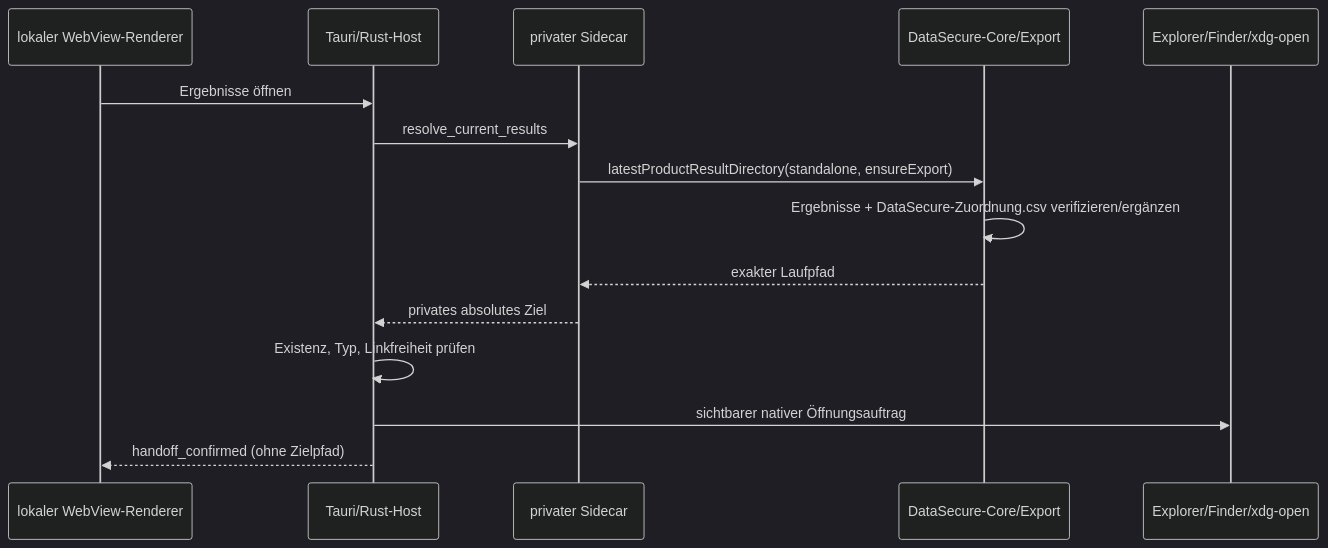
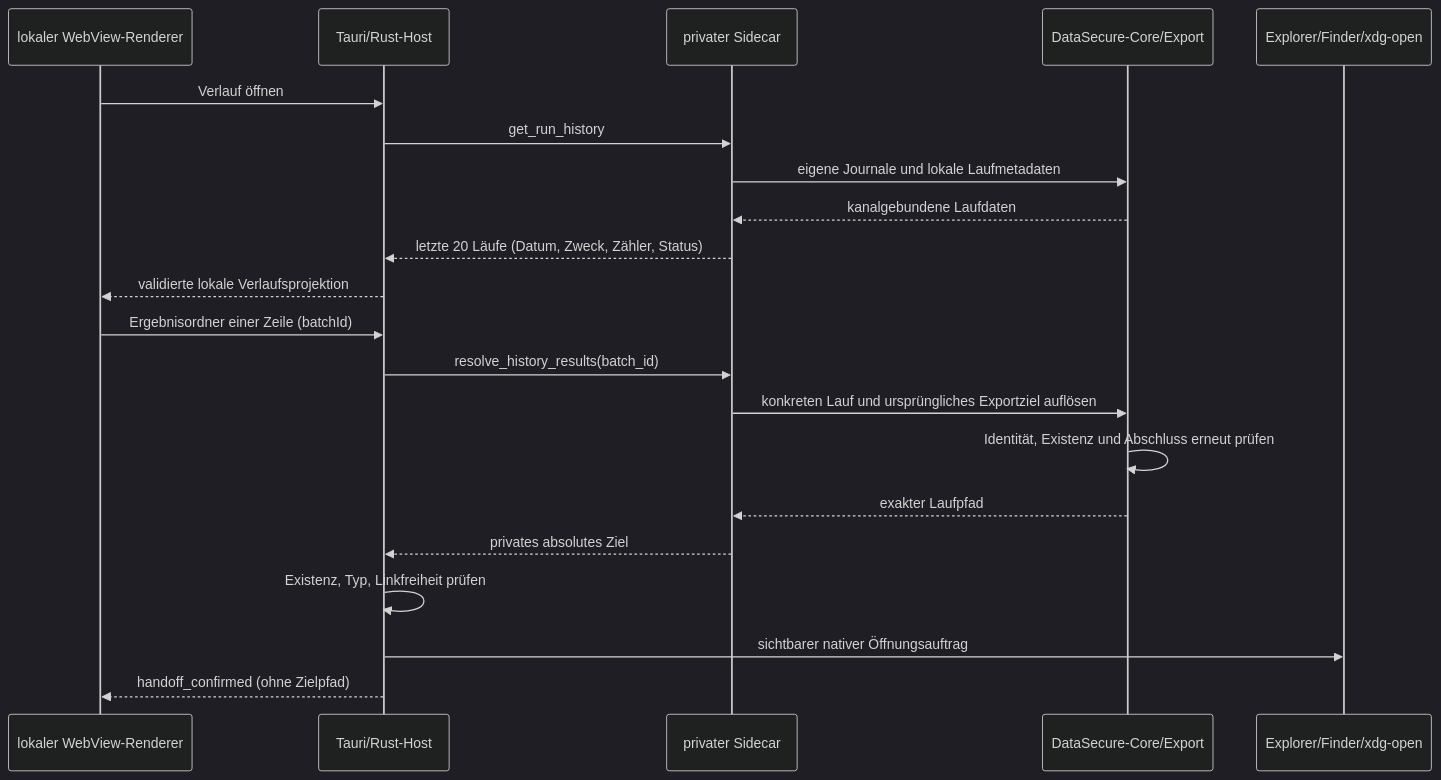
Before and after one commit to renepuhlmannarbeit/msg_gbh_DataSecure: diagram 15 of 15 in docs/canonical/UML_ARCHITECTURE.md, drawn with Mermaid (dark theme). The commit also changed other lines of this file and 185 other files, not shown here.

Commit message:
feat(rc109): consolidate standalone and cowork product contracts

````diff
--- a/docs/canonical/UML_ARCHITECTURE.md
+++ b/docs/canonical/UML_ARCHITECTURE.md
@@ -592,17 +644,23 @@
 ```mermaid
 sequenceDiagram
   participant UI as lokaler WebView-Renderer
   participant R as Tauri/Rust-Host
   participant S as privater Sidecar
   participant C as DataSecure-Core/Export
   participant OS as Explorer/Finder/xdg-open
-  UI->>R: Ergebnisse öffnen
-  R->>S: resolve_current_results
-  S->>C: latestProductResultDirectory(standalone, ensureExport)
-  C->>C: Ergebnisse + DataSecure-Zuordnung.csv verifizieren/ergänzen
+  UI->>R: Verlauf öffnen
+  R->>S: get_run_history
+  S->>C: eigene Journale und lokale Laufmetadaten
+  C-->>S: kanalgebundene Laufdaten
+  S-->>R: letzte 20 Läufe (Datum, Zweck, Zähler, Status)
+  R-->>UI: validierte lokale Verlaufsprojektion
+  UI->>R: Ergebnisordner einer Zeile (batchId)
+  R->>S: resolve_history_results(batch_id)
+  S->>C: konkreten Lauf und ursprüngliches Exportziel auflösen
+  C->>C: Identität, Existenz und Abschluss erneut prüfen
   C-->>S: exakter Laufpfad
   S-->>R: privates absolutes Ziel
   R->>R: Existenz, Typ, Linkfreiheit prüfen
   R->>OS: sichtbarer nativer Öffnungsauftrag
   R-->>UI: handoff_confirmed (ohne Zielpfad)
 ```
````
